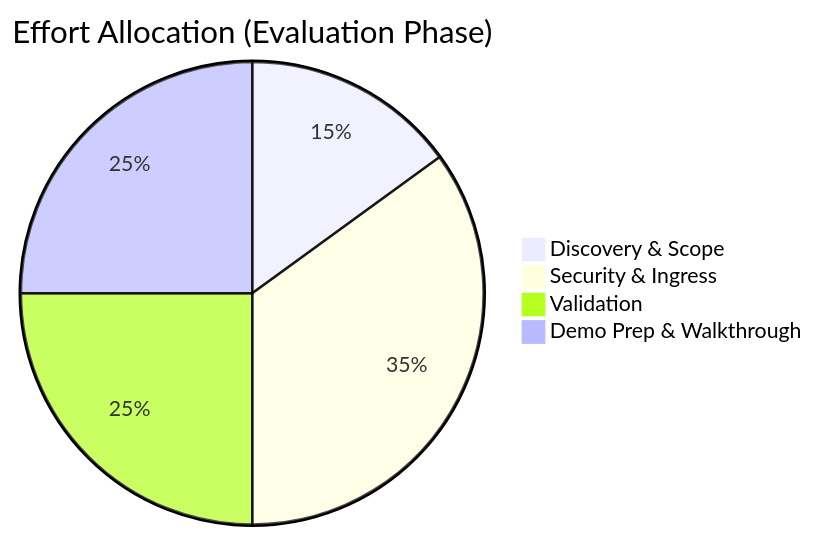
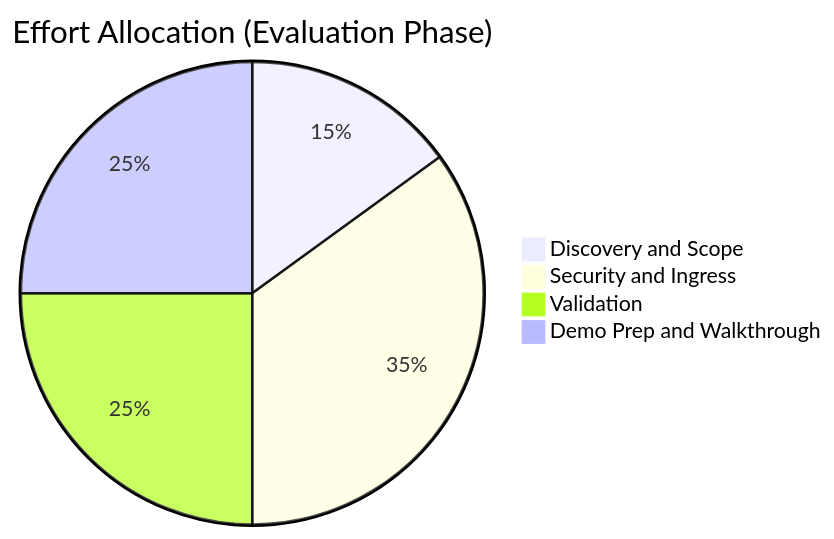
The third of 3 diagrams in README.md (daniel-QMTRY/QMTRY-Kickoff-and-Secure-Access), drawn with Mermaid before and after one commit. The commit also changed other lines of this file, not shown here.

````diff
--- a/README.md
+++ b/README.md
@@ -120,7 +119,7 @@
 ```mermaid
 pie title Effort Allocation (Evaluation Phase)
-  "Discovery & Scope" : 15
-  "Security & Ingress" : 35
-  "Validation" : 25
-  "Demo Prep & Walkthrough" : 25
+    "Discovery and Scope" : 15
+    "Security and Ingress" : 35
+    "Validation" : 25
+    "Demo Prep and Walkthrough" : 25
 ```
````
